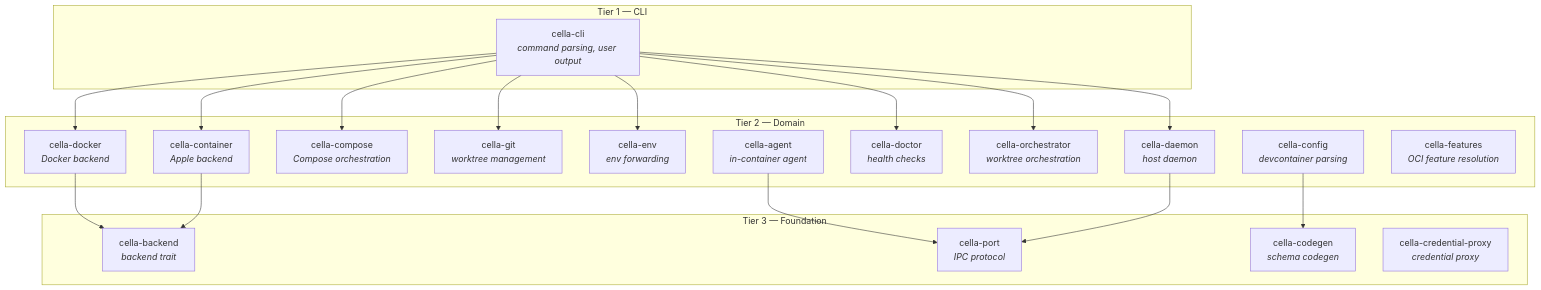
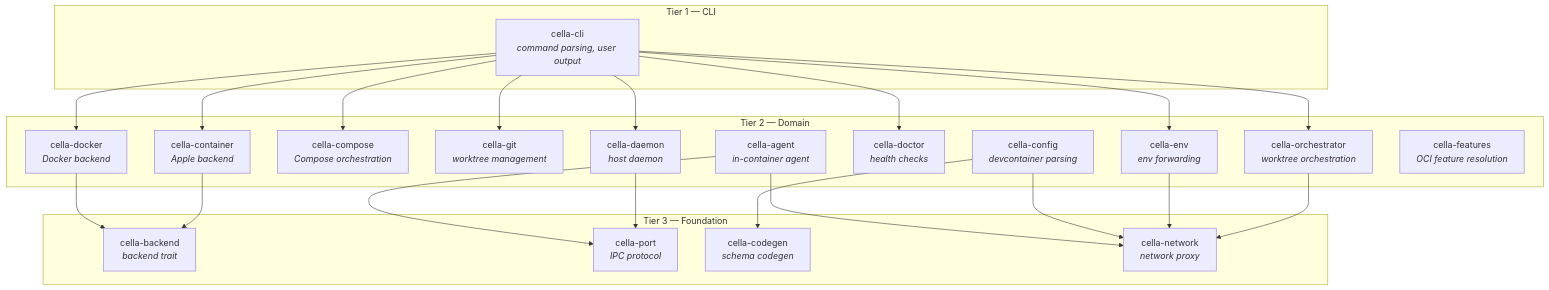
The diagram in README.md (eve0415/cella), drawn with Mermaid before and after one commit. The commit also changed other lines of this file and 16 other files, not shown here.

````diff
--- a/README.md
+++ b/README.md
@@ -193,32 +227,33 @@
 ```mermaid
 graph TD
     subgraph "Tier 1 — CLI"
         cli[cella-cli<br><i>command parsing, user output</i>]
     end
 
     subgraph "Tier 2 — Domain"
         docker[cella-docker<br><i>Docker backend</i>]
         container[cella-container<br><i>Apple backend</i>]
         compose[cella-compose<br><i>Compose orchestration</i>]
         git[cella-git<br><i>worktree management</i>]
         env[cella-env<br><i>env forwarding</i>]
         daemon[cella-daemon<br><i>host daemon</i>]
         doctor[cella-doctor<br><i>health checks</i>]
         orchestrator[cella-orchestrator<br><i>worktree orchestration</i>]
         agent[cella-agent<br><i>in-container agent</i>]
         config[cella-config<br><i>devcontainer parsing</i>]
         features[cella-features<br><i>OCI feature resolution</i>]
     end
 
     subgraph "Tier 3 — Foundation"
         backend[cella-backend<br><i>backend trait</i>]
         port[cella-port<br><i>IPC protocol</i>]
         codegen[cella-codegen<br><i>schema codegen</i>]
-        credproxy[cella-credential-proxy<br><i>credential proxy</i>]
+        network[cella-network<br><i>network proxy</i>]
     end
 
     cli --> docker & container & compose & git & env & daemon & doctor & orchestrator
     docker & container --> backend
     agent & daemon --> port
     config --> codegen
+    agent & config & env & orchestrator --> network
 ```
````
